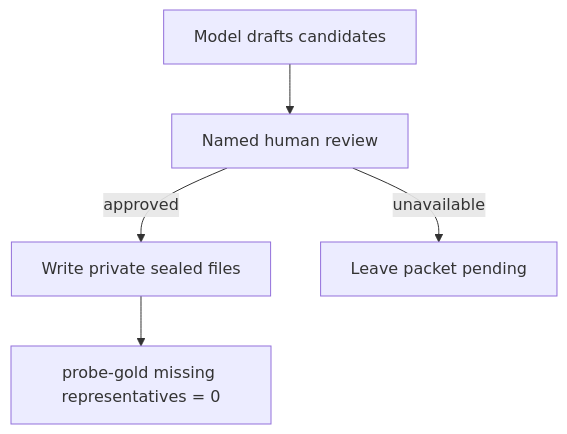
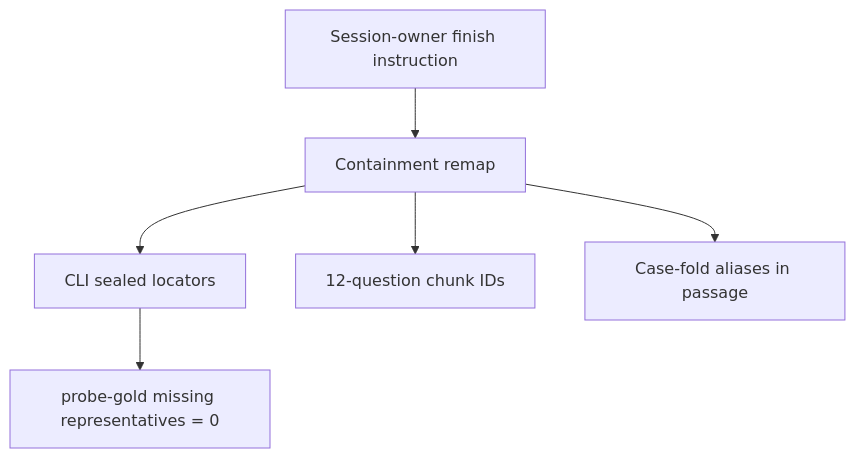
The diagram in docs/development/phase-06/p06-69-seal-private-gold-2026-09-21.md (Nagdy8888/smart-rag), drawn with Mermaid before and after one commit. The commit also changed other lines of this file and 4 other files, not shown here.

First line of the commit message:
docs(eval): seal private gold with extractive containment

````diff
--- a/docs/development/phase-06/p06-69-seal-private-gold-2026-09-21.md
+++ b/docs/development/phase-06/p06-69-seal-private-gold-2026-09-21.md
@@ -19,7 +23,8 @@
 ```mermaid
 flowchart TD
-  draft["Model drafts candidates"] --> review["Named human review"]
-  review -->|approved| seal["Write private sealed files"]
-  review -->|unavailable| stop["Leave packet pending"]
-  seal --> gate["probe-gold missing representatives = 0"]
+  owner["Session-owner finish instruction"] --> extract["Containment remap"]
+  extract --> cli["CLI sealed locators"]
+  extract --> slice["12-question chunk IDs"]
+  extract --> aliases["Case-fold aliases in passage"]
+  cli --> gate["probe-gold missing representatives = 0"]
 ```
````
